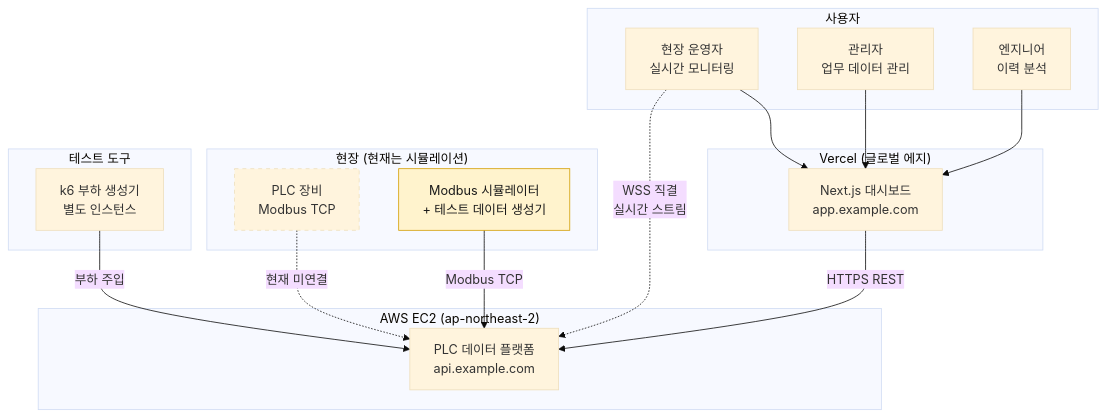
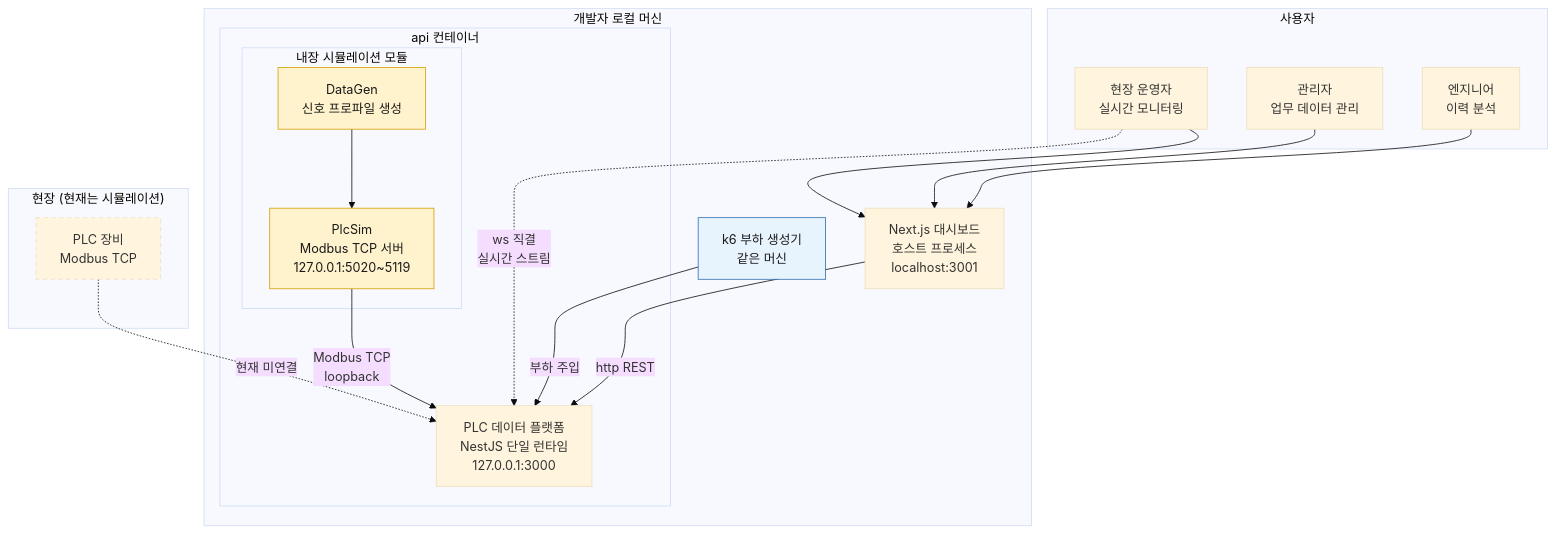
The first of 9 diagrams in architecture.md (jaepil02/db_study), drawn with Mermaid (base theme) before and after one commit. The commit also changed other lines of this file and 3 other files, not shown here.

````diff
--- a/architecture.md
+++ b/architecture.md
@@ -24,37 +25,42 @@
 ```mermaid
 flowchart TB
     subgraph USERS["사용자"]
         OP["현장 운영자<br/>실시간 모니터링"]
         MGR["관리자<br/>업무 데이터 관리"]
         ENG["엔지니어<br/>이력 분석"]
     end
 
-    subgraph VERCEL["Vercel (글로벌 에지)"]
-        WEB["Next.js 대시보드<br/>app.example.com"]
-    end
+    subgraph MACHINE["개발자 로컬 머신"]
+        WEB["Next.js 대시보드<br/>호스트 프로세스<br/>localhost:3001"]
 
-    subgraph AWS["AWS EC2 (ap-northeast-2)"]
-        SYS["PLC 데이터 플랫폼<br/>api.example.com"]
+        subgraph APICT["api 컨테이너"]
+            SYS["PLC 데이터 플랫폼<br/>NestJS 단일 런타임<br/>127.0.0.1:3000"]
+
+            subgraph SIMMOD["내장 시뮬레이션 모듈"]
+                SIM["PlcSim<br/>Modbus TCP 서버<br/>127.0.0.1:5020~5119"]
+                GEN["DataGen<br/>신호 프로파일 생성"]
+            end
+        end
+
+        K6["k6 부하 생성기<br/>같은 머신"]
     end
 
     subgraph FIELD["현장 (현재는 시뮬레이션)"]
         PLC["PLC 장비<br/>Modbus TCP"]
-        SIM["Modbus 시뮬레이터<br/>+ 테스트 데이터 생성기"]
-    end
-
-    subgraph TEST["테스트 도구"]
-        K6["k6 부하 생성기<br/>별도 인스턴스"]
     end
 
     OP --> WEB
     MGR --> WEB
     ENG --> WEB
-    WEB -->|"HTTPS REST"| SYS
-    OP -.->|"WSS 직결<br/>실시간 스트림"| SYS
+    WEB -->|"http REST"| SYS
+    OP -.->|"ws 직결<br/>실시간 스트림"| SYS
     PLC -.->|"현재 미연결"| SYS
-    SIM -->|"Modbus TCP"| SYS
+    GEN --> SIM
+    SIM -->|"Modbus TCP<br/>loopback"| SYS
     K6 -->|"부하 주입"| SYS
 
     style PLC stroke-dasharray: 5 5
     style SIM fill:#fff3cd,stroke:#d39e00,color:#1a1a1a
+    style GEN fill:#fff3cd,stroke:#d39e00,color:#1a1a1a
+    style K6 fill:#e8f4fd,stroke:#2b6cb0,color:#1a1a1a
 ```
````
